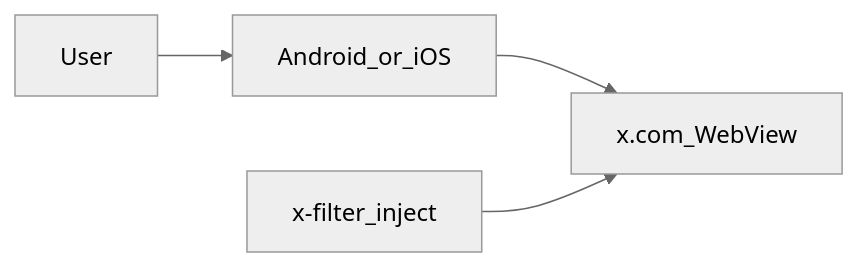
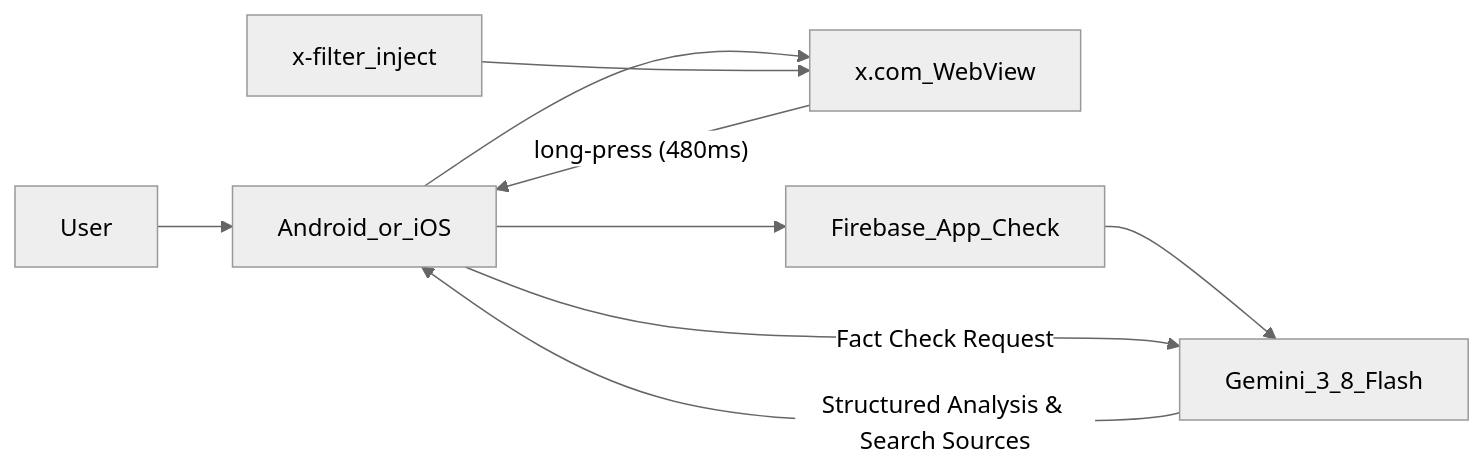
The diagram in docs/ARCHITECTURE.md (billylo1/Robin), drawn with Mermaid (neutral theme) before and after one commit. The commit also changed other lines of this file and 32 other files, not shown here.

First line of the commit message:
Add long-press to fact-check with Gemini 3.8 Flash, App Check, and bump to 0.2.22.

````diff
--- a/docs/ARCHITECTURE.md
+++ b/docs/ARCHITECTURE.md
@@ -13,11 +14,18 @@
 ```mermaid
 flowchart LR
   user[User]
   native[Android_or_iOS]
   webview[x.com_WebView]
   filter[x-filter_inject]
+  gemini[Gemini_3_8_Flash]
+  appcheck[Firebase_App_Check]
 
   user --> native
   native --> webview
   filter --> webview
+  webview -- "long-press (480ms)" --> native
+  native --> appcheck
+  appcheck --> gemini
+  native -- "Fact Check Request" --> gemini
+  gemini -- "Structured Analysis & Search Sources" --> native
 ```
````
